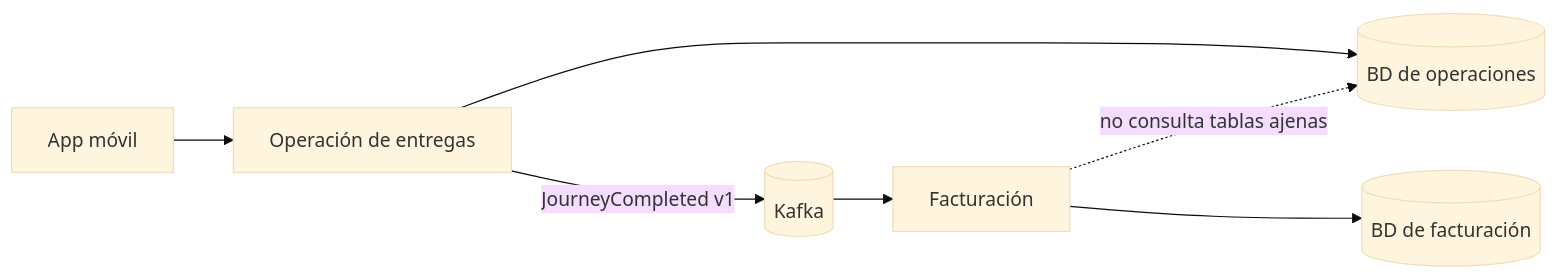
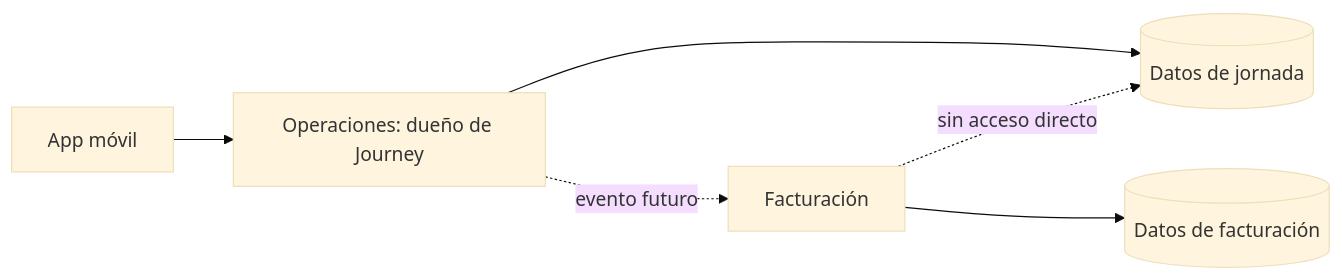
One commit to NICORUIZ93/The_Imperial_Book changed the fourth of 8 diagrams in web/public/content/spring-boot/modulo-10.md. Above: the diagram before and after it, drawn with Mermaid (base theme). The commit also changed other lines of this file and 20 other files, not shown here.

````diff
--- a/web/public/content/spring-boot/modulo-10.md
+++ b/web/public/content/spring-boot/modulo-10.md
@@ -846,9 +832,8 @@
 ```mermaid
 flowchart LR
-  M[App móvil] --> O[Operación de entregas]
-  O --> OD[(BD de operaciones)]
-  O -->|JourneyCompleted v1| K[(Kafka)]
-  K --> B[Facturación]
-  B --> BD[(BD de facturación)]
-  B -. no consulta tablas ajenas .-> OD
+  M[App móvil] --> O[Operaciones: dueño de Journey]
+  O --> OD[(Datos de jornada)]
+  O -. evento futuro .-> B[Facturación]
+  B --> BD[(Datos de facturación)]
+  B -. sin acceso directo .-> OD
 ```
````
